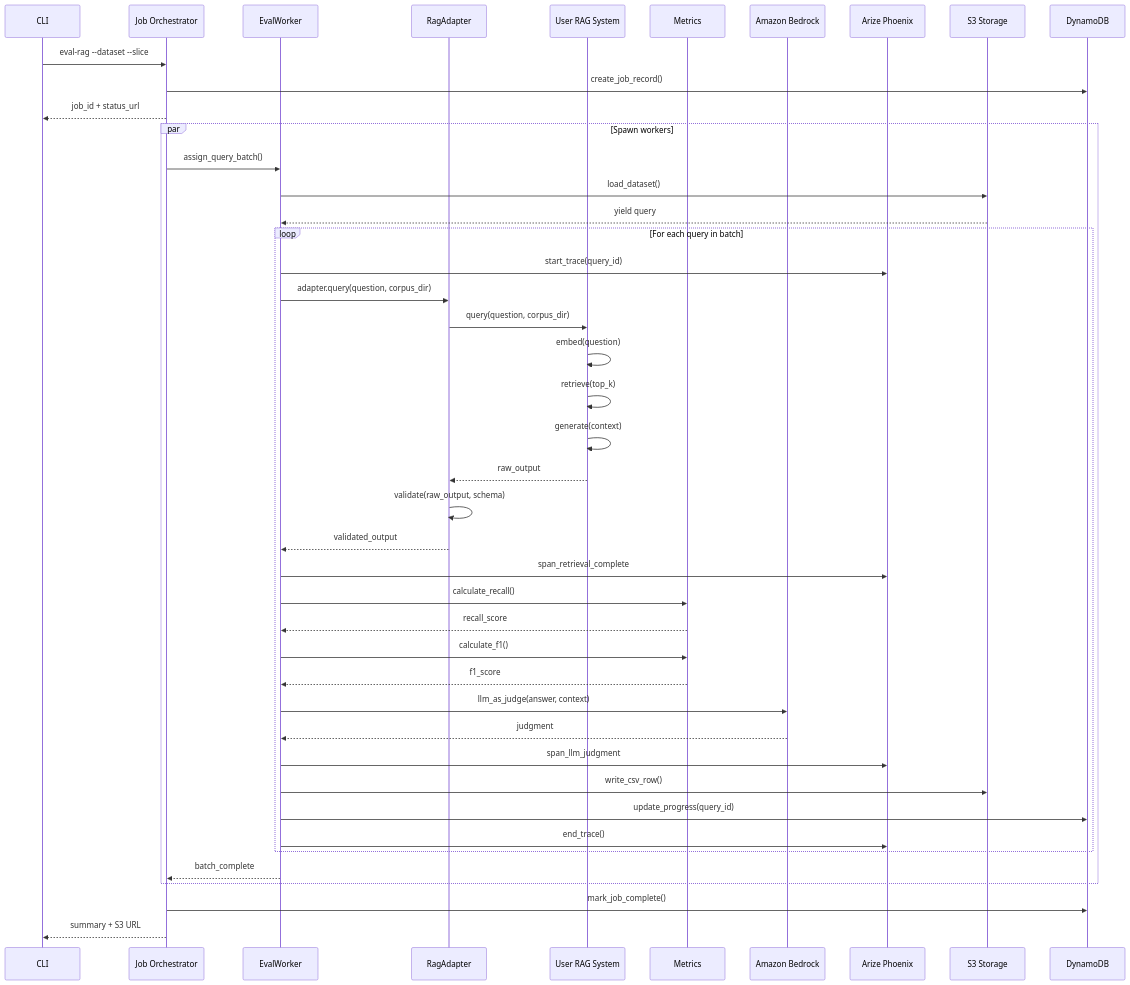
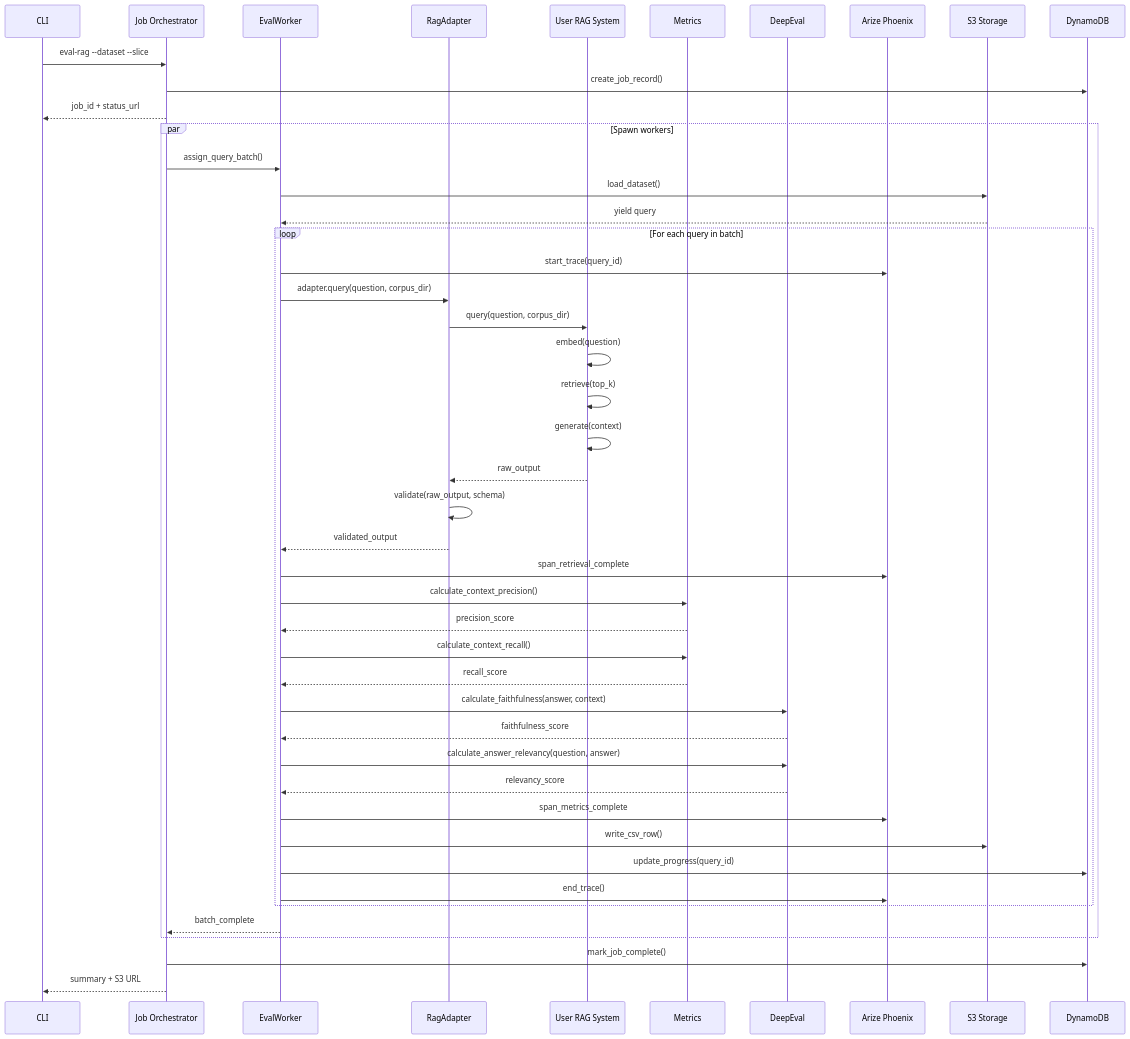
The second of 6 diagrams in docs/design/002-data-flow-detailed.md (anguyenbus/eval-harness), drawn with Mermaid before and after one commit. The commit also changed other lines of this file and 140 other files, not shown here.

First line of the commit message:
Deep eval cost track (#6)

````diff
--- a/docs/design/002-data-flow-detailed.md
+++ b/docs/design/002-data-flow-detailed.md
@@ -96,57 +96,61 @@
 ```mermaid
 sequenceDiagram
     participant CLI as CLI
     participant Orch as Job Orchestrator
     participant Worker as EvalWorker
     participant Adapter as RagAdapter
     participant RAG as User RAG System
     participant Metrics as Metrics
-    participant Bedrock as Amazon Bedrock
+    participant DeepEval as DeepEval
     participant Phoenix as Arize Phoenix
     participant S3 as S3 Storage
     participant DB as DynamoDB
 
     CLI->>Orch: eval-rag --dataset --slice
     Orch->>DB: create_job_record()
     Orch-->>CLI: job_id + status_url
 
     par Spawn workers
         Orch->>Worker: assign_query_batch()
         Worker->>S3: load_dataset()
         S3-->>Worker: yield query
 
         loop For each query in batch
             Worker->>Phoenix: start_trace(query_id)
             Worker->>Adapter: adapter.query(question, corpus_dir)
 
             Adapter->>RAG: query(question, corpus_dir)
             RAG->>RAG: embed(question)
             RAG->>RAG: retrieve(top_k)
             RAG->>RAG: generate(context)
             RAG-->>Adapter: raw_output
 
             Adapter->>Adapter: validate(raw_output, schema)
             Adapter-->>Worker: validated_output
             Worker->>Phoenix: span_retrieval_complete
 
-            Worker->>Metrics: calculate_recall()
+            Worker->>Metrics: calculate_context_precision()
+            Metrics-->>Worker: precision_score
+
+            Worker->>Metrics: calculate_context_recall()
             Metrics-->>Worker: recall_score
 
-            Worker->>Metrics: calculate_f1()
-            Metrics-->>Worker: f1_score
+            Worker->>DeepEval: calculate_faithfulness(answer, context)
+            DeepEval-->>Worker: faithfulness_score
 
-            Worker->>Bedrock: llm_as_judge(answer, context)
-            Bedrock-->>Worker: judgment
-            Worker->>Phoenix: span_llm_judgment
+            Worker->>DeepEval: calculate_answer_relevancy(question, answer)
+            DeepEval-->>Worker: relevancy_score
+
+            Worker->>Phoenix: span_metrics_complete
 
             Worker->>S3: write_csv_row()
             Worker->>DB: update_progress(query_id)
             Worker->>Phoenix: end_trace()
         end
 
         Worker-->>Orch: batch_complete
     end
 
     Orch->>DB: mark_job_complete()
     Orch-->>CLI: summary + S3 URL
 ```
````
